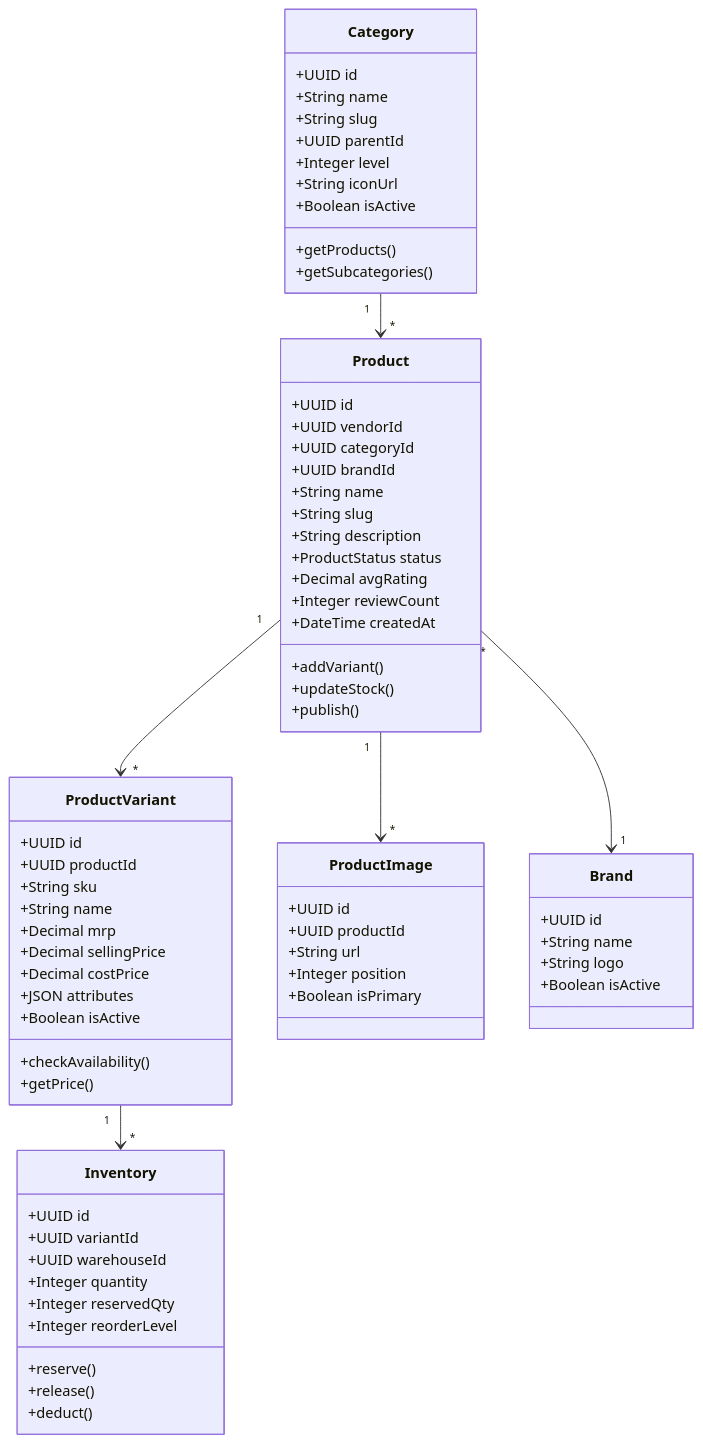
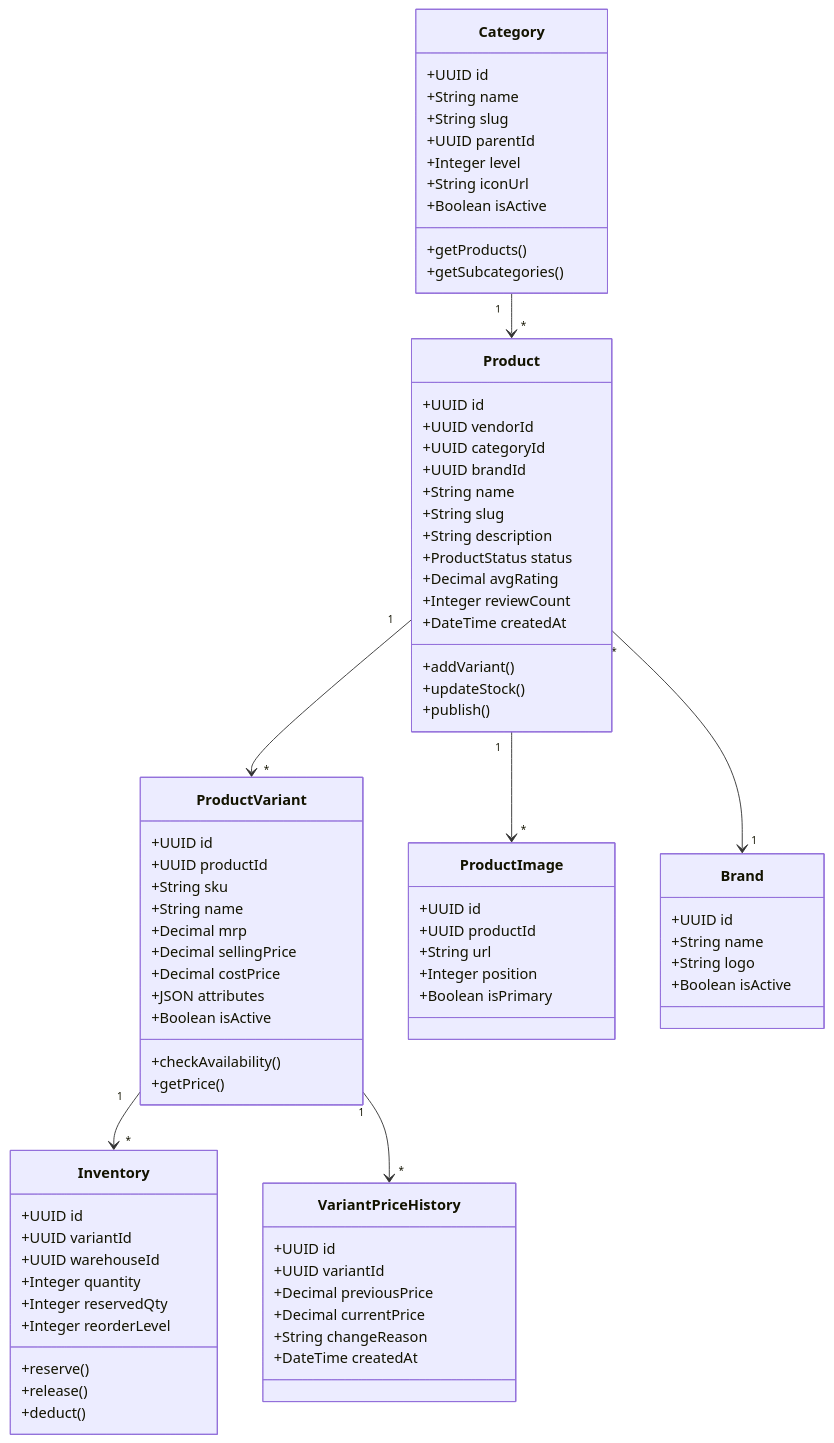
The third of 8 diagrams in docs/system-design/high-level-design/domain-model.md (0Ankit0/e-commerce), drawn with Mermaid before and after one commit. The commit also changed other lines of this file and 24 other files, not shown here.

````diff
--- a/docs/system-design/high-level-design/domain-model.md
+++ b/docs/system-design/high-level-design/domain-model.md
@@ -169,6 +188,15 @@
         +getPrice()
     }
 
+    class VariantPriceHistory {
+        +UUID id
+        +UUID variantId
+        +Decimal previousPrice
+        +Decimal currentPrice
+        +String changeReason
+        +DateTime createdAt
+    }
+
     class ProductImage {
         +UUID id
         +UUID productId
@@ -201,4 +229,5 @@
     Product "1" --> "*" ProductImage
     Product "*" --> "1" Brand
     ProductVariant "1" --> "*" Inventory
+    ProductVariant "1" --> "*" VariantPriceHistory
 ```
````
